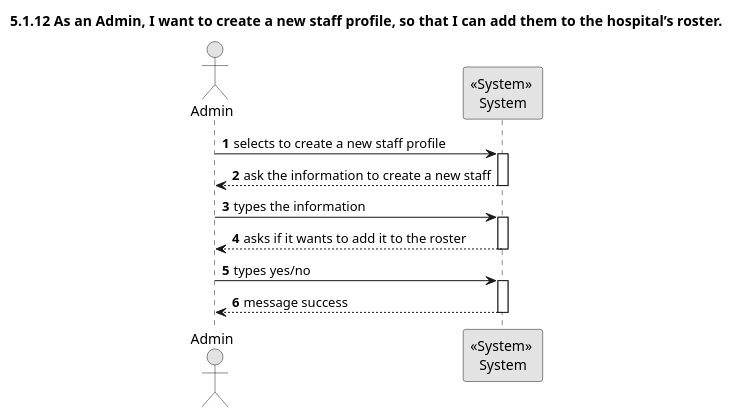
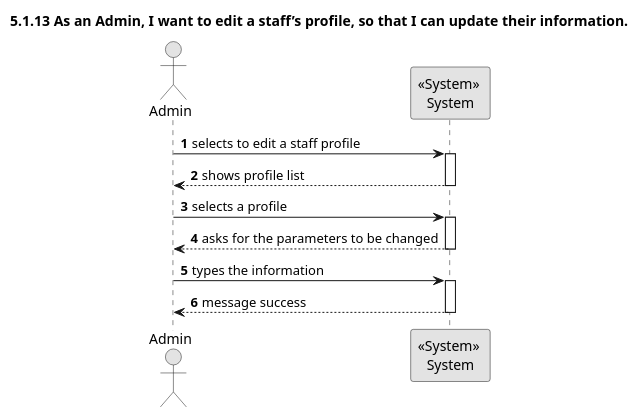
The diagram in Docs/1211846/US5_1_13/us5_1_13_ssd.puml (Educ00/Sem5Pi2425), drawn with PlantUML before and after one commit. The commit also changed 8 other files, not shown here.

```diff
--- a/Docs/1211846/US5_1_13/us5_1_13_ssd.puml
+++ b/Docs/1211846/US5_1_13/us5_1_13_ssd.puml
@@ -1,32 +1,32 @@
 @startuml
 skinparam monochrome true
 skinparam packageStyle rectangle
 skinparam shadowing false
 
-title 5.1.12 As an Admin, I want to create a new staff profile, so that I can add them to the hospital’s roster.
+title 5.1.13 As an Admin, I want to edit a staff’s profile, so that I can update their information.
 
 
 autonumber
 actor "Admin" as ADMIN
 
 participant "<<System>> \nSystem" as System
 
-    ADMIN -> System : selects to create a new staff profile
+    ADMIN -> System : selects to edit a staff profile
     activate System
 
-    System --> ADMIN : ask the information to create a new staff
+    System --> ADMIN : shows profile list
     deactivate System
 
-    ADMIN -> System : types the information
+    ADMIN -> System : selects a profile
     activate System
 
-    System --> ADMIN : asks if it wants to add it to the roster
+    System --> ADMIN : asks for the parameters to be changed
     deactivate System
     
-    ADMIN -> System : types yes/no
+    ADMIN -> System : types the information
     activate System
 
     System --> ADMIN : message success
     deactivate System    
 
 @enduml
```
